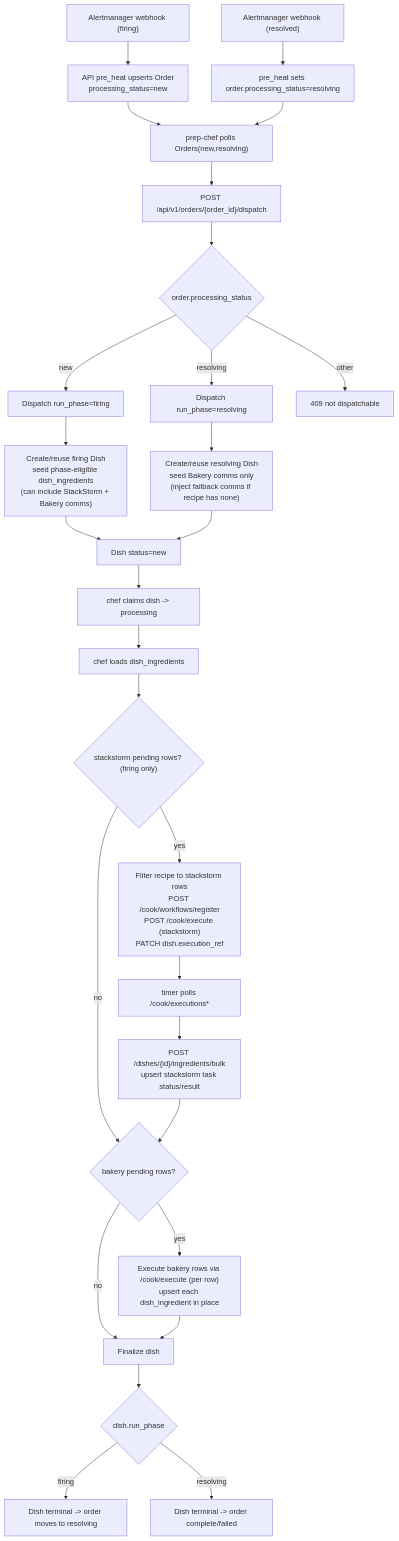
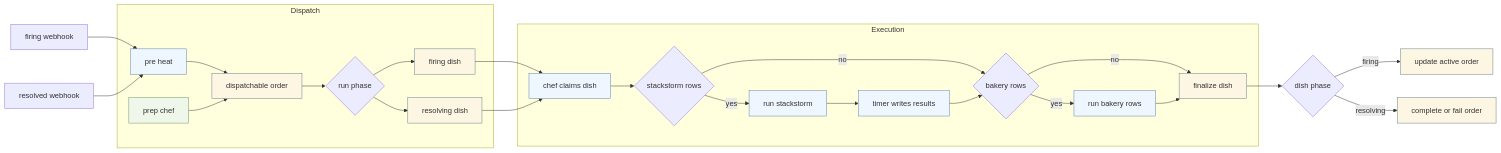
The first of 2 diagrams in docs/ARCHITECTURE.md (rackerlabs/poundcake), drawn with Mermaid before and after one commit. The commit also changed other lines of this file and 38 other files, not shown here.

Commit message:
feat: add resolver to dispather to format comms templates in dish-ingredients

````diff
--- a/docs/ARCHITECTURE.md
+++ b/docs/ARCHITECTURE.md
@@ -34,40 +35,38 @@
 ```mermaid
-flowchart TD
-  A["Alertmanager webhook (firing)"] --> B["API pre_heat upserts Order<br/>processing_status=new"]
-  B --> C["prep-chef polls Orders(new,resolving)"]
-  C --> D["POST /api/v1/orders/{order_id}/dispatch"]
+flowchart LR
+  classDef api fill:#eef6ff,stroke:#5b7ea3;
+  classDef worker fill:#eef7ea,stroke:#6b8f5e;
+  classDef state fill:#fdf6e3,stroke:#657b83;
 
-  D --> E{"order.processing_status"}
-  E -->|new| F["Dispatch run_phase=firing"]
-  E -->|resolving| G["Dispatch run_phase=resolving"]
-  E -->|other| H["409 not dispatchable"]
+  Firing["firing webhook"] --> Preheat["pre heat"]
+  Resolved["resolved webhook"] --> Preheat
 
-  F --> I["Create/reuse firing Dish<br/>seed phase-eligible dish_ingredients<br/>(can include StackStorm + Bakery comms)"]
-  G --> J["Create/reuse resolving Dish<br/>seed Bakery comms only<br/>(inject fallback comms if recipe has none)"]
+  subgraph Dispatch
+    Preheat --> Queue["dispatchable order"]
+    Prep["prep chef"] --> Queue
+    Queue --> Phase{"run phase"}
+    Phase --> FireDish["firing dish"]
+    Phase --> ResolveDish["resolving dish"]
+  end
 
-  I --> K["Dish status=new"]
-  J --> K
+  subgraph Execution
+    FireDish --> Claim["chef claims dish"]
+    ResolveDish --> Claim
+    Claim --> Stackstorm{"stackstorm rows"}
+    Stackstorm -->|yes| ST2["run stackstorm"]
+    Stackstorm -->|no| Bakery{"bakery rows"}
+    ST2 --> Timer["timer writes results"]
+    Timer --> Bakery
+    Bakery -->|yes| Bake["run bakery rows"]
+    Bakery -->|no| Final["finalize dish"]
+    Bake --> Final
+  end
 
-  K --> L["chef claims dish -> processing"]
-  L --> M["chef loads dish_ingredients"]
-  M --> N{"stackstorm pending rows? (firing only)"}
+  Final --> Outcome{"dish phase"}
+  Outcome -->|firing| OrderUpdate["update active order"]
+  Outcome -->|resolving| OrderClose["complete or fail order"]
 
-  N -->|yes| O["Filter recipe to stackstorm rows<br/>POST /cook/workflows/register<br/>POST /cook/execute (stackstorm)<br/>PATCH dish.execution_ref"]
-  N -->|no| P{"bakery pending rows?"}
-
-  O --> Q["timer polls /cook/executions*"]
-  Q --> R["POST /dishes/{id}/ingredients/bulk<br/>upsert stackstorm task status/result"]
-  R --> P
-
-  P -->|yes| S["Execute bakery rows via /cook/execute (per row)<br/>upsert each dish_ingredient in place"]
-  P -->|no| T["Finalize dish"]
-
-  S --> T
-
-  T --> U{"dish.run_phase"}
-  U -->|firing| V["Dish terminal -> order moves to resolving"]
-  U -->|resolving| W["Dish terminal -> order complete/failed"]
-
-  X["Alertmanager webhook (resolved)"] --> Y["pre_heat sets order.processing_status=resolving"]
-  Y --> C
+  class Preheat,Claim,ST2,Timer,Bake api;
+  class Prep worker;
+  class Queue,FireDish,ResolveDish,Final,OrderUpdate,OrderClose state;
 ```
````
